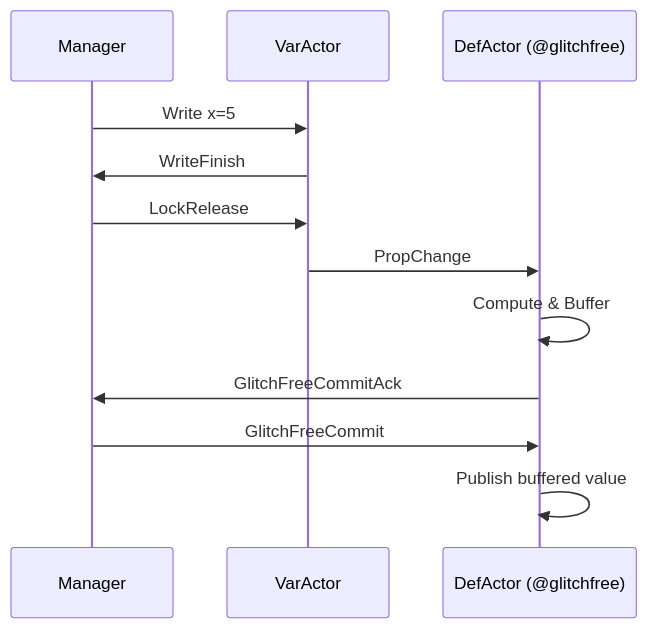
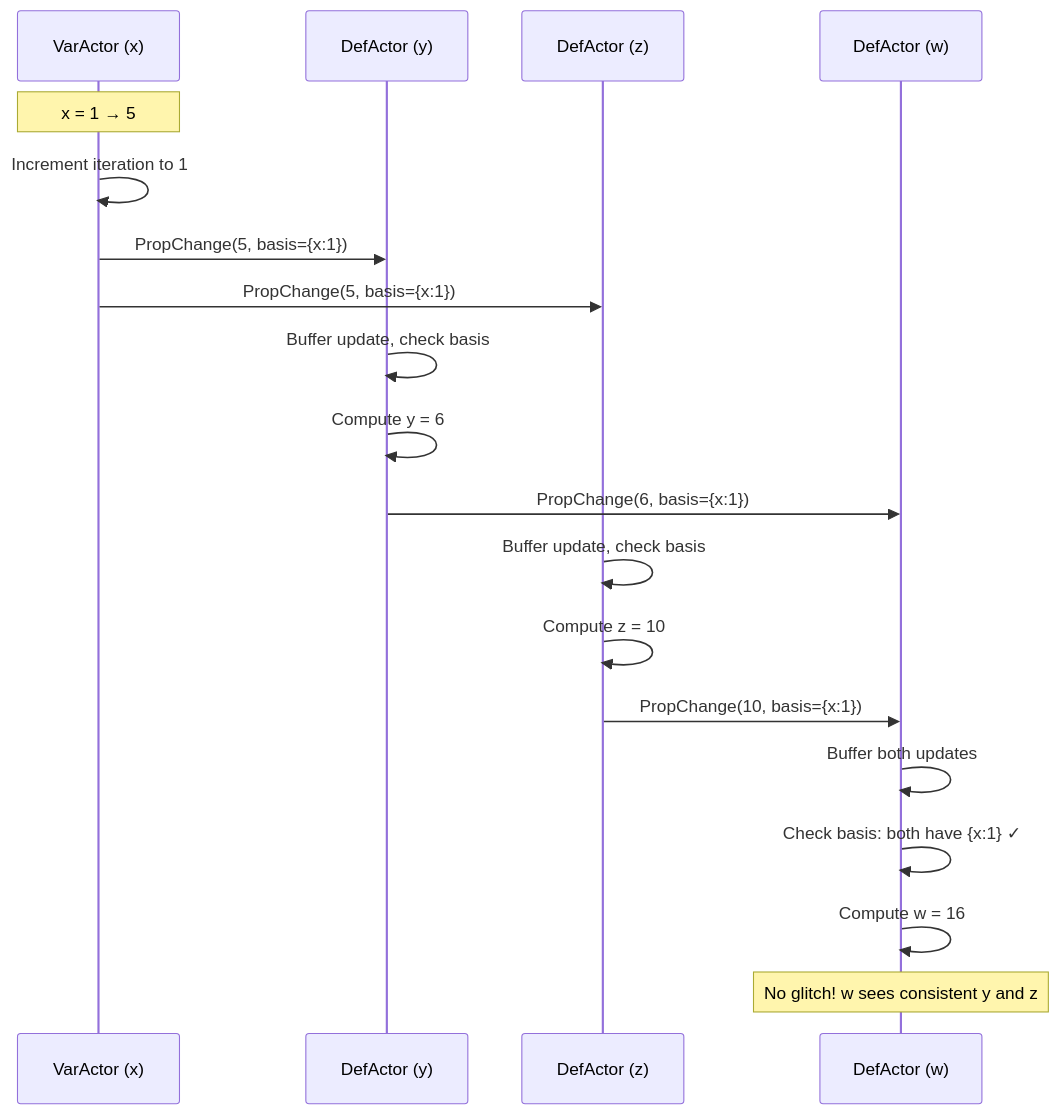
The diagram in README.md (Gimmyalex/meerkatREPL2.0), drawn with Mermaid before and after one commit. The commit also changed other lines of this file and 17 other files, not shown here.

First line of the commit message:
feat: Implement distributed glitch-free protocol with BasisStamp coordination

````diff
--- a/README.md
+++ b/README.md
@@ -170,15 +173,26 @@
 ```mermaid
 sequenceDiagram
-    participant M as Manager
-    participant V as VarActor
-    participant D as DefActor (@glitchfree)
+    participant V as VarActor (x)
+    participant D1 as DefActor (y)
+    participant D2 as DefActor (z)
+    participant D3 as DefActor (w)
     
-    M->>V: Write x=5
-    V->>M: WriteFinish
-    M->>V: LockRelease
-    V->>D: PropChange
-    D->>D: Compute & Buffer
-    D->>M: GlitchFreeCommitAck
-    M->>D: GlitchFreeCommit
-    D->>D: Publish buffered value
+    Note over V: x = 1 → 5
+    V->>V: Increment iteration to 1
+    V->>D1: PropChange(5, basis={x:1})
+    V->>D2: PropChange(5, basis={x:1})
+    
+    D1->>D1: Buffer update, check basis
+    D1->>D1: Compute y = 6
+    D1->>D3: PropChange(6, basis={x:1})
+    
+    D2->>D2: Buffer update, check basis
+    D2->>D2: Compute z = 10
+    D2->>D3: PropChange(10, basis={x:1})
+    
+    D3->>D3: Buffer both updates
+    D3->>D3: Check basis: both have {x:1} ✓
+    D3->>D3: Compute w = 16
+    
+    Note over D3: No glitch! w sees consistent y and z
 ```
````
